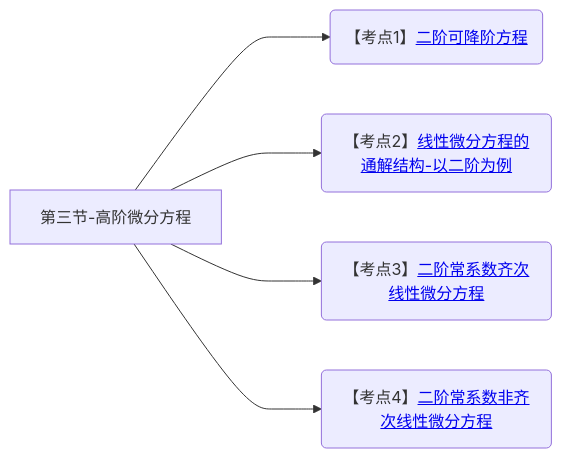
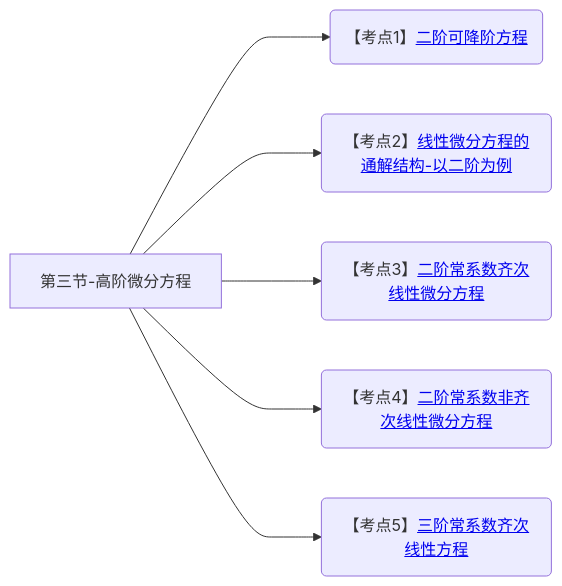
Diagram 25 of 25 in 笔记/数学/周洋鑫/01.基础班思维导图.md (yuebinghui/note), drawn with Mermaid before and after one commit. The commit also changed 6 other files, not shown here.

````diff
--- a/笔记/数学/周洋鑫/01.基础班思维导图.md
+++ b/笔记/数学/周洋鑫/01.基础班思维导图.md
@@ -858,14 +858,16 @@
 ```mermaid
 graph LR
 第三节-高阶微分方程
 
 第三节-高阶微分方程--->二阶可降阶方程(【考点1】<a href="/Users/yuebinghui/Documents/program/github/note/笔记/数学/周洋鑫/基础班/28.微分方程_2.md#二阶可降阶方程">二阶可降阶方程</>)
 
 第三节-高阶微分方程--->线性微分方程的通解结构-以二阶为例(【考点2】<a href="/Users/yuebinghui/Documents/program/github/note/笔记/数学/周洋鑫/基础班/28.微分方程_2.md#线性微分方程的通解结构-以二阶为例">线性微分方程的通解结构-以二阶为例</>)
 
 第三节-高阶微分方程--->二阶常系数齐次线性微分方程(【考点3】<a href="/Users/yuebinghui/Documents/program/github/note/笔记/数学/周洋鑫/基础班/28.微分方程_2.md#二阶常系数齐次线性微分方程">二阶常系数齐次线性微分方程</>)
 
 第三节-高阶微分方程--->二阶常系数非齐次线性微分方程(【考点4】<a href="/Users/yuebinghui/Documents/program/github/note/笔记/数学/周洋鑫/基础班/28.微分方程_2.md#二阶常系数非齐次线性微分方程">二阶常系数非齐次线性微分方程</>)
 
+第三节-高阶微分方程--->三阶常系数齐次线性方程(【考点5】<a href="/Users/yuebinghui/Documents/program/github/note/笔记/数学/周洋鑫/基础班/28.微分方程_2.md#三阶常系数齐次线性方程">三阶常系数齐次线性方程</>)
+
 
 ```
````
